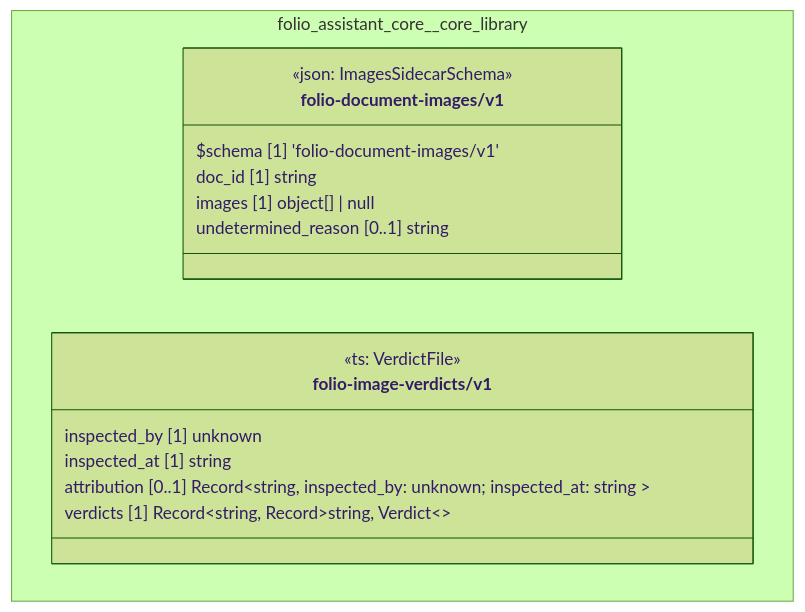
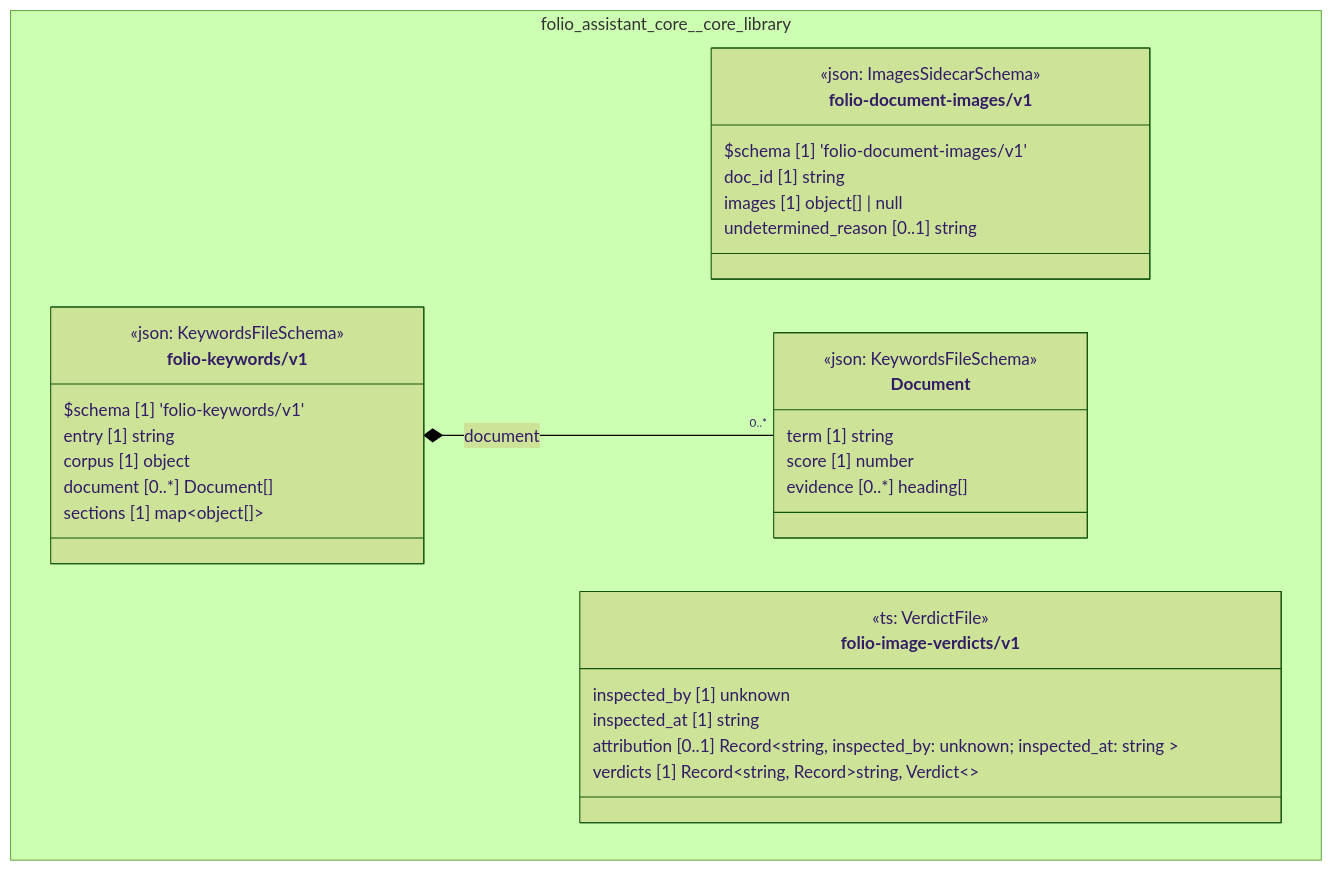
The diagram in cat-harness/docs/uml/overview/folio-assistant-core/core-library.md (litlfred/folio-assistant), drawn with Mermaid (forest theme) before and after one commit. The commit also changed other lines of this file and 137 other files, not shown here.

````diff
--- a/cat-harness/docs/uml/overview/folio-assistant-core/core-library.md
+++ b/cat-harness/docs/uml/overview/folio-assistant-core/core-library.md
@@ -42,22 +42,39 @@
 ```mermaid
 classDiagram
   direction TB
   namespace folio_assistant_core__core_library {
     class folio_assistant_core_core_library_folio_document_images_v1_folio_document_images_v1["folio-document-images/v1"] {
       <<json: ImagesSidecarSchema>>
       $schema [1] 'folio-document-images/v1'
       doc_id [1] string
       images [1] object[] | null
       undetermined_reason [0..1] string
     }
     class folio_assistant_core_core_library_folio_image_verdicts_v1["folio-image-verdicts/v1"] {
       <<ts: VerdictFile>>
       inspected_by [1] unknown
       inspected_at [1] string
       attribution [0..1] Record~string,  inspected_by: unknown; inspected_at: string ~
       verdicts [1] Record~string, Record~string, Verdict~~
     }
+    class folio_assistant_core_core_library_folio_keywords_v1_Document["Document"] {
+      <<json: KeywordsFileSchema>>
+      term [1] string
+      score [1] number
+      evidence [0..*] heading[]
+    }
+    class folio_assistant_core_core_library_folio_keywords_v1_folio_keywords_v1["folio-keywords/v1"] {
+      <<json: KeywordsFileSchema>>
+      $schema [1] 'folio-keywords/v1'
+      entry [1] string
+      corpus [1] object
+      document [0..*] Document[]
+      sections [1] map~object[]~
+    }
   }
+  folio_assistant_core_core_library_folio_keywords_v1_folio_keywords_v1 *-- "0..*" folio_assistant_core_core_library_folio_keywords_v1_Document : document
   cssClass "folio_assistant_core_core_library_folio_document_images_v1_folio_document_images_v1" fa_uml_kind_library
   cssClass "folio_assistant_core_core_library_folio_image_verdicts_v1" fa_uml_kind_library
+  cssClass "folio_assistant_core_core_library_folio_keywords_v1_Document" fa_uml_kind_library
+  cssClass "folio_assistant_core_core_library_folio_keywords_v1_folio_keywords_v1" fa_uml_kind_library
 ```
````
